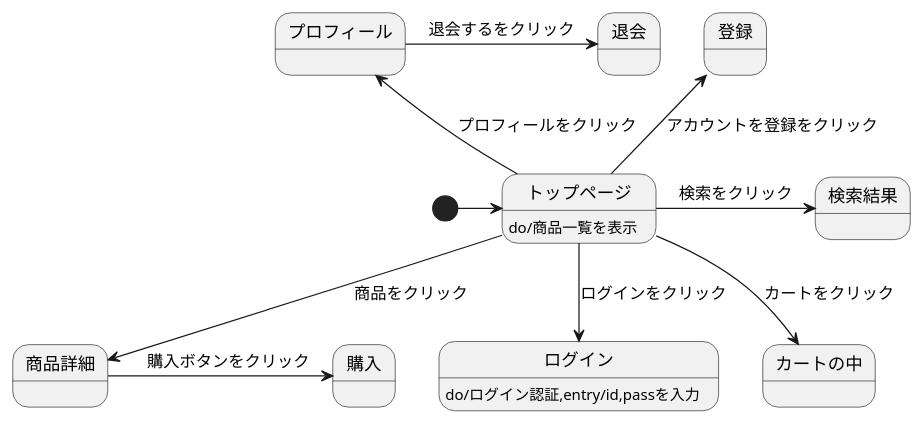
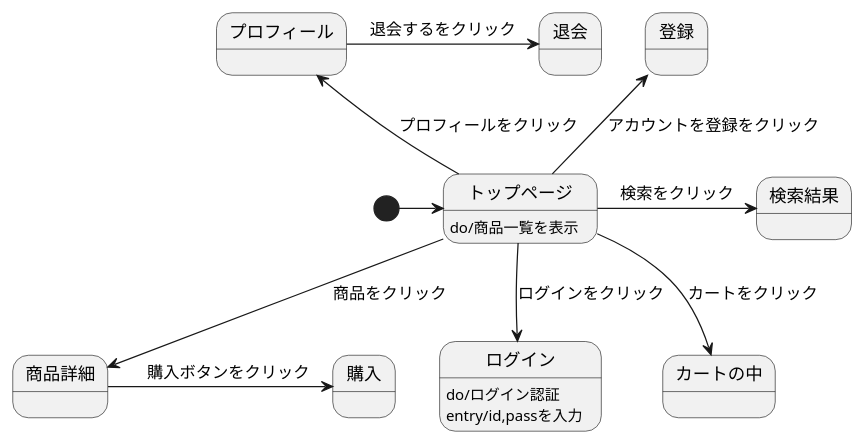
The diagram in stm01.md (Aso2001159/2021sys-design), drawn with PlantUML before and after one commit.

````diff
--- a/stm01.md
+++ b/stm01.md
@@ -1,17 +1,18 @@
 ```uml
 
 @startuml
 [*]->トップページ
 トップページ : do/商品一覧を表示
 トップページ-->商品詳細 : 商品をクリック
   商品詳細->購入 :　購入ボタンをクリック
 トップページ-down->ログイン :ログインをクリック
-  ログイン : do/ログイン認証,entry/id,passを入力
+  ログイン : do/ログイン認証
+  ログイン : entry/id,passを入力
 トップページ-->カートの中 :カートをクリック
 トップページ-up->登録 :アカウントを登録をクリック
 トップページ->検索結果 :検索をクリック
 トップページ-up->プロフィール :プロフィールをクリック
   プロフィール->退会 :退会するをクリック
 @enduml
 
 ```
````
